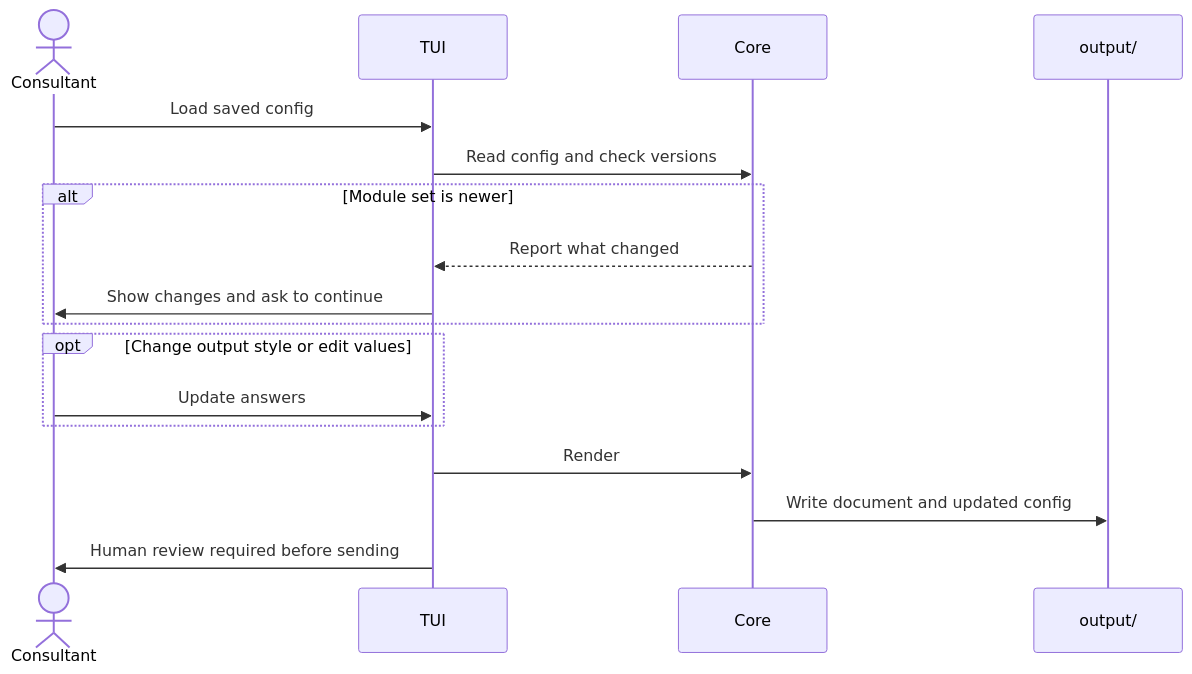
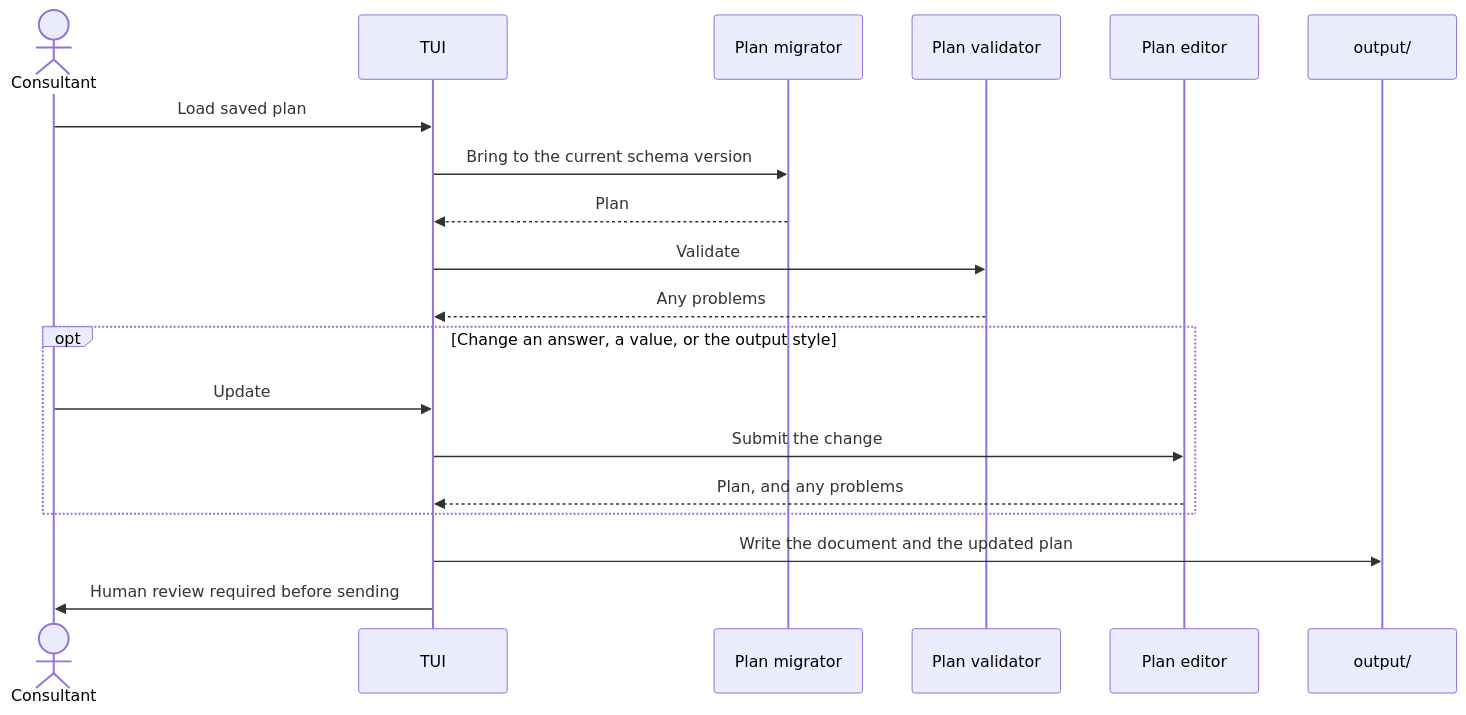
Before and after one commit to 8thlight-daveloper/onboard-kit: the second of 2 diagrams in docs/architecture/04-walkthrough-sequence.md, drawn with Mermaid. The commit also changed other lines of this file and 10 other files, not shown here.

````diff
--- a/docs/architecture/04-walkthrough-sequence.md
+++ b/docs/architecture/04-walkthrough-sequence.md
@@ -37,20 +46,22 @@
 ```mermaid
 sequenceDiagram
     actor C as Consultant
     participant T as TUI
-    participant K as Core
+    participant M as Plan migrator
+    participant V as Plan validator
+    participant E as Plan editor
     participant F as output/
 
-    C->>T: Load saved config
-    T->>K: Read config and check versions
-    alt Module set is newer
-        K-->>T: Report what changed
-        T->>C: Show changes and ask to continue
+    C->>T: Load saved plan
+    T->>M: Bring to the current schema version
+    M-->>T: Plan
+    T->>V: Validate
+    V-->>T: Any problems
+    opt Change an answer, a value, or the output style
+        C->>T: Update
+        T->>E: Submit the change
+        E-->>T: Plan, and any problems
     end
-    opt Change output style or edit values
-        C->>T: Update answers
-    end
-    T->>K: Render
-    K->>F: Write document and updated config
+    T->>F: Write the document and the updated plan
     T->>C: Human review required before sending
 ```
````
